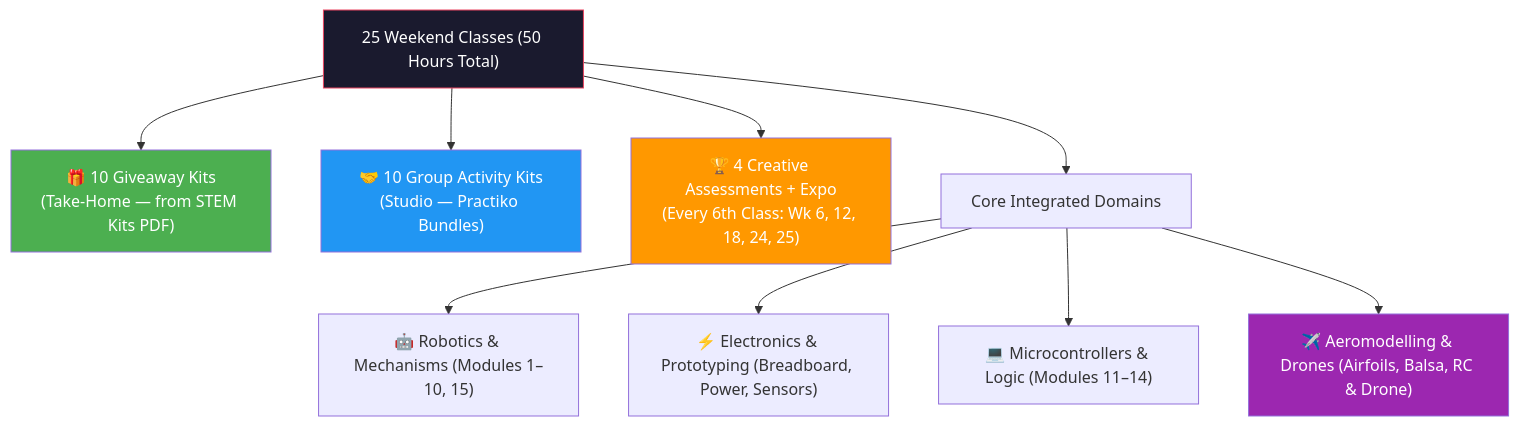
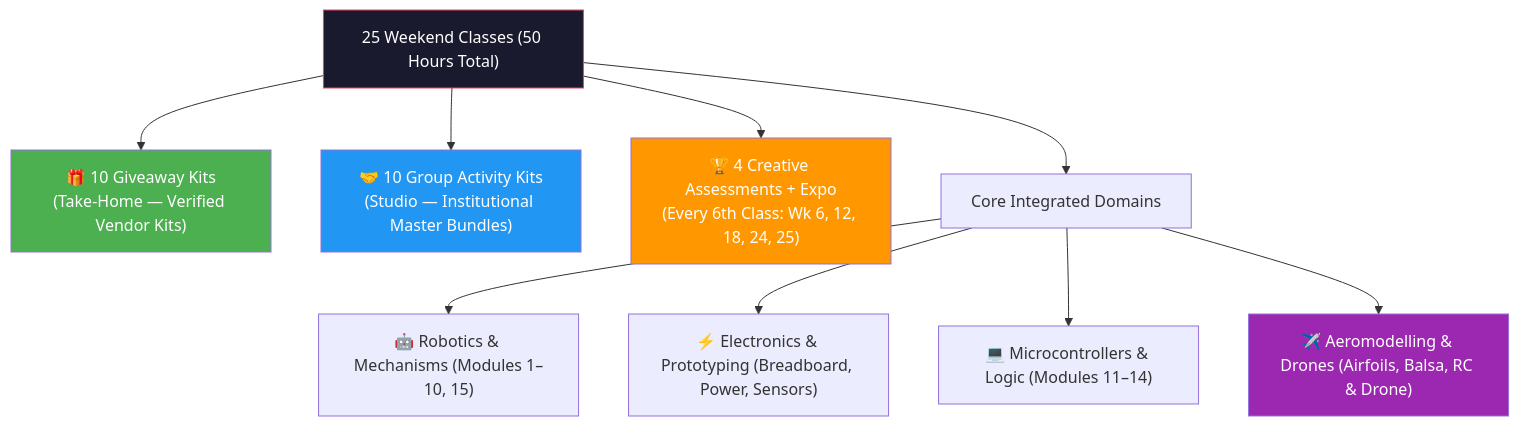
The first of 3 diagrams in Curriculum/GoodSoil_25_Class_Curriculum_Master.md (viz-lab-hue/Good-Soil), drawn with Mermaid before and after one commit. The commit also changed other lines of this file and 20 other files, not shown here.

Commit message:
feat(website): add favicon, OG meta tags, interactive booking flow, clean placeholders and optimize assets

````diff
--- a/Curriculum/GoodSoil_25_Class_Curriculum_Master.md
+++ b/Curriculum/GoodSoil_25_Class_Curriculum_Master.md
@@ -17,19 +18,19 @@
 ```mermaid
 graph TD
     TOT["25 Weekend Classes (50 Hours Total)"]
-    TOT --> GIV["🎁 10 Giveaway Kits<br/>(Take-Home — from STEM Kits PDF)"]
-    TOT --> GRP["🤝 10 Group Activity Kits<br/>(Studio — Practiko Bundles)"]
+    TOT --> GIV["🎁 10 Giveaway Kits<br/>(Take-Home — Verified Vendor Kits)"]
+    TOT --> GRP["🤝 10 Group Activity Kits<br/>(Studio — Institutional Master Bundles)"]
     TOT --> ASS["🏆 4 Creative Assessments + Expo<br/>(Every 6th Class: Wk 6, 12, 18, 24, 25)"]
 
     TOT --> DOM["Core Integrated Domains"]
     DOM --> ROB["🤖 Robotics & Mechanisms (Modules 1–10, 15)"]
     DOM --> ELEC["⚡ Electronics & Prototyping (Breadboard, Power, Sensors)"]
     DOM --> MCU["💻 Microcontrollers & Logic (Modules 11–14)"]
     DOM --> AERO["✈️ Aeromodelling & Drones (Airfoils, Balsa, RC & Drone)"]
 
     style TOT fill:#1a1a2e,color:#fff,stroke:#e94560
     style GIV fill:#4CAF50,color:#fff
     style GRP fill:#2196F3,color:#fff
     style ASS fill:#FF9800,color:#fff
     style AERO fill:#9C27B0,color:#fff
 ```
````
